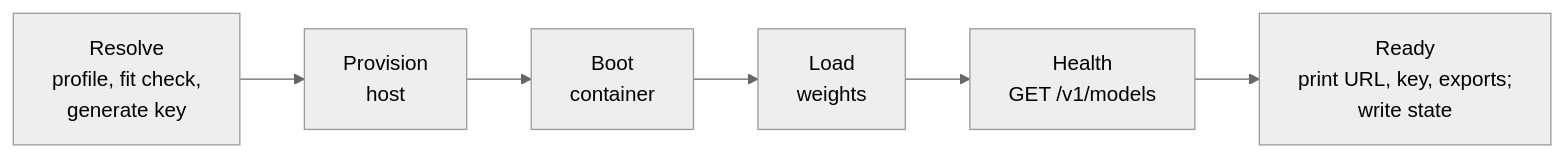
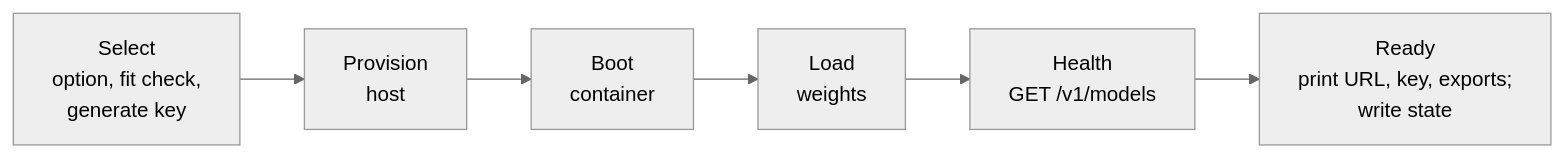
One commit to thetaplex/thetaserve changed the second of 2 diagrams in docs/DESIGN.md. Above: the diagram before and after it, drawn with Mermaid (neutral theme). The commit also changed other lines of this file and 48 other files, not shown here.

````diff
--- a/docs/DESIGN.md
+++ b/docs/DESIGN.md
@@ -213,4 +324,4 @@
 ```mermaid
 flowchart LR
-    a["Resolve<br/>profile, fit check,<br/>generate key"] --> b["Provision<br/>host"] --> c["Boot<br/>container"] --> d["Load<br/>weights"] --> e["Health<br/>GET /v1/models"] --> f["Ready<br/>print URL, key, exports;<br/>write state"]
+    a["Select<br/>option, fit check,<br/>generate key"] --> b["Provision<br/>host"] --> c["Boot<br/>container"] --> d["Load<br/>weights"] --> e["Health<br/>GET /v1/models"] --> f["Ready<br/>print URL, key, exports;<br/>write state"]
 ```
````
